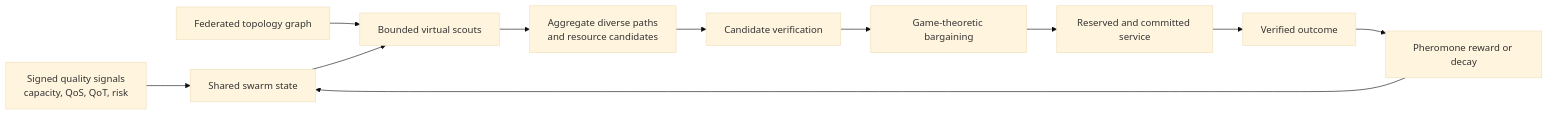
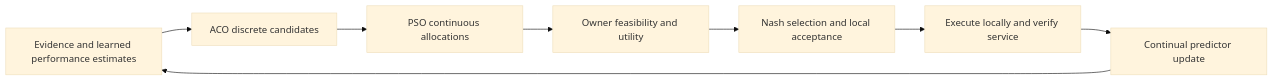
Diagram 16 of 16 in docs/domain-agent-architecture.md (allenabishekGithub/inter-domain-automatedNetworking), drawn with Mermaid (base theme) before and after one commit. The commit also changed other lines of this file and 12 other files, not shown here.

Commit message:
system design making it native for ACO, PSO and Nash bargaining

````diff
--- a/docs/domain-agent-architecture.md
+++ b/docs/domain-agent-architecture.md
@@ -1407,13 +1193,10 @@
 ```mermaid
 flowchart LR
-    Q[Signed quality signals\ncapacity, QoS, QoT, risk] --> S[Shared swarm state]
-    G[Federated topology graph] --> E[Bounded virtual scouts]
-    S --> E
-    E --> A[Aggregate diverse paths\nand resource candidates]
-    A --> V[Candidate verification]
-    V --> B[Game-theoretic bargaining]
-    B --> R[Reserved and committed service]
-    R --> O[Verified outcome]
-    O --> P[Pheromone reward or decay]
-    P --> S
+    E[Evidence and learned performance estimates] --> A[ACO discrete candidates]
+    A --> P[PSO continuous allocations]
+    P --> V[Owner feasibility and utility]
+    V --> N[Nash selection and local acceptance]
+    N --> X[Execute locally and verify service]
+    X --> L[Continual predictor update]
+    L --> E
 ```
````
